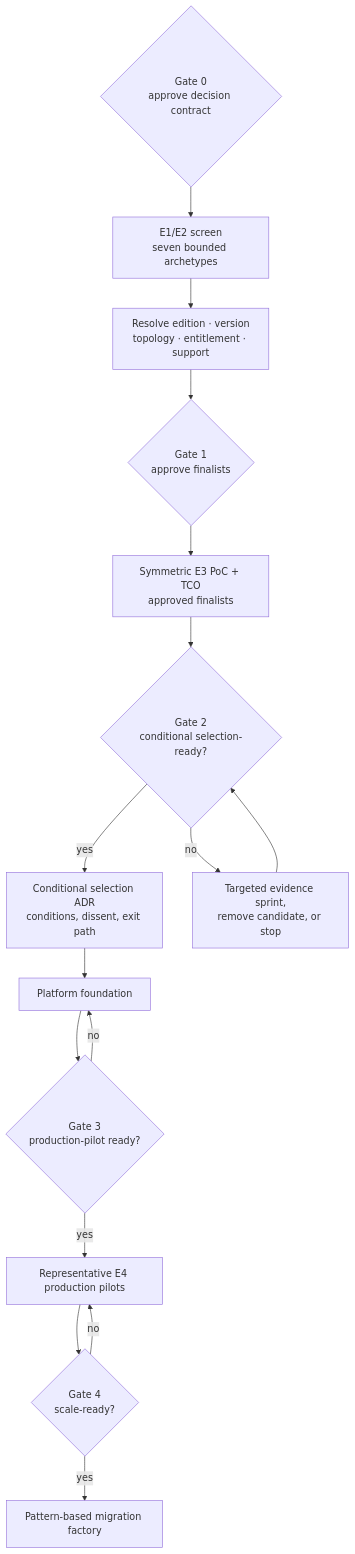
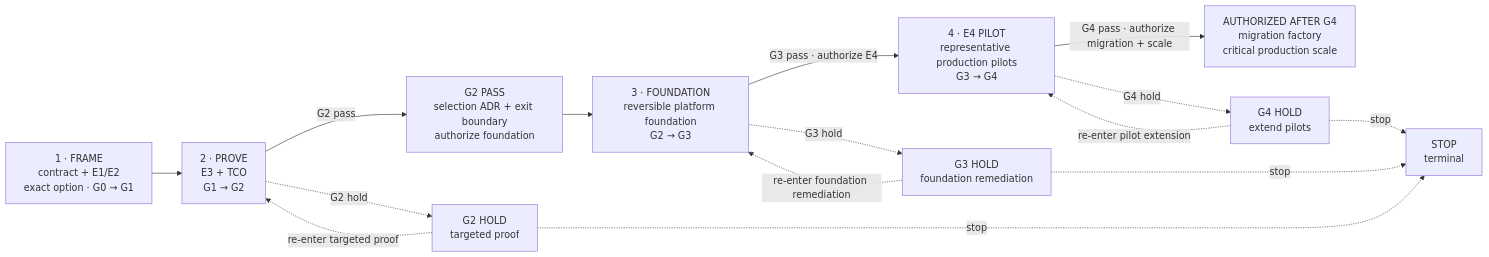
The diagram in reports/methodology-review.md (tomqwu/apim), drawn with Mermaid before and after one commit. The commit also changed other lines of this file and 4 other files, not shown here.

````diff
--- a/reports/methodology-review.md
+++ b/reports/methodology-review.md
@@ -45,12 +54,28 @@
 ```mermaid
-flowchart TB
-  G0{"Gate 0<br/>approve decision contract"} --> S["E1/E2 screen<br/>seven bounded archetypes"] --> O["Resolve edition · version<br/>topology · entitlement · support"] --> G1{"Gate 1<br/>approve finalists"}
-  G1 --> P["Symmetric E3 PoC + TCO<br/>approved finalists"] --> G2{"Gate 2<br/>conditional selection-ready?"}
-  G2 -->|"yes"| R["Conditional selection ADR<br/>conditions, dissent, exit path"] --> F["Platform foundation"] --> G3{"Gate 3<br/>production-pilot ready?"}
-  G3 -->|"yes"| E4["Representative E4 production pilots"] --> G4{"Gate 4<br/>scale-ready?"}
-  G4 -->|"yes"| M["Pattern-based migration factory"]
-  G2 -->|"no"| X["Targeted evidence sprint,<br/>remove candidate, or stop"]
-  X --> G2
-  G3 -->|"no"| F
-  G4 -->|"no"| E4
+flowchart LR
+  S1["1 · FRAME<br/>contract + E1/E2<br/>exact option · G0 → G1"]
+  S2["2 · PROVE<br/>E3 + TCO<br/>G1 → G2"]
+  A["G2 PASS<br/>selection ADR + exit boundary<br/>authorize foundation"]
+  S3["3 · FOUNDATION<br/>reversible platform foundation<br/>G2 → G3"]
+  S4["4 · E4 PILOT<br/>representative production pilots<br/>G3 → G4"]
+  M["AUTHORIZED AFTER G4<br/>migration factory<br/>critical production scale"]
+  H2["G2 HOLD<br/>targeted proof"]
+  H3["G3 HOLD<br/>foundation remediation"]
+  H4["G4 HOLD<br/>extend pilots"]
+  X["STOP<br/>terminal"]
+
+  S1 --> S2
+  S2 -->|"G2 pass"| A
+  A --> S3
+  S3 -->|"G3 pass · authorize E4"| S4
+  S4 -->|"G4 pass · authorize migration + scale"| M
+  S2 -. G2 hold .-> H2
+  H2 -. re-enter targeted proof .-> S2
+  H2 -. stop .-> X
+  S3 -. G3 hold .-> H3
+  H3 -. re-enter foundation remediation .-> S3
+  H3 -. stop .-> X
+  S4 -. G4 hold .-> H4
+  H4 -. re-enter pilot extension .-> S4
+  H4 -. stop .-> X
 ```
````
